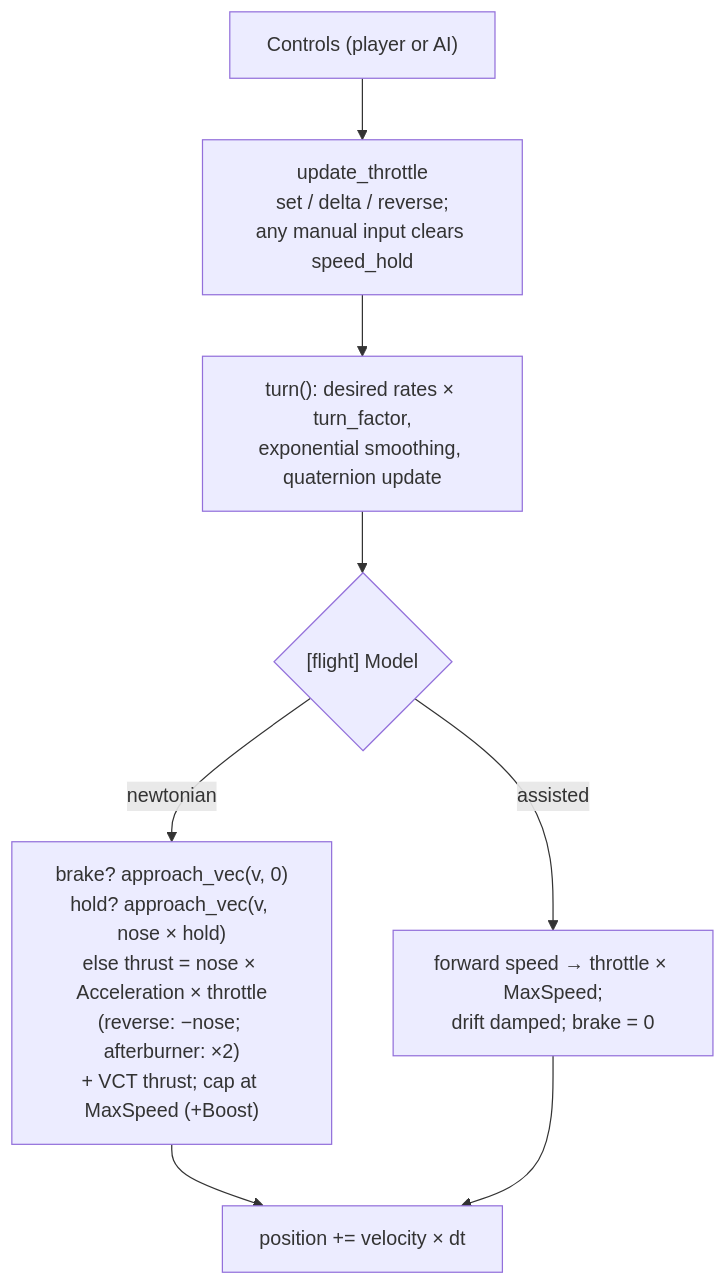
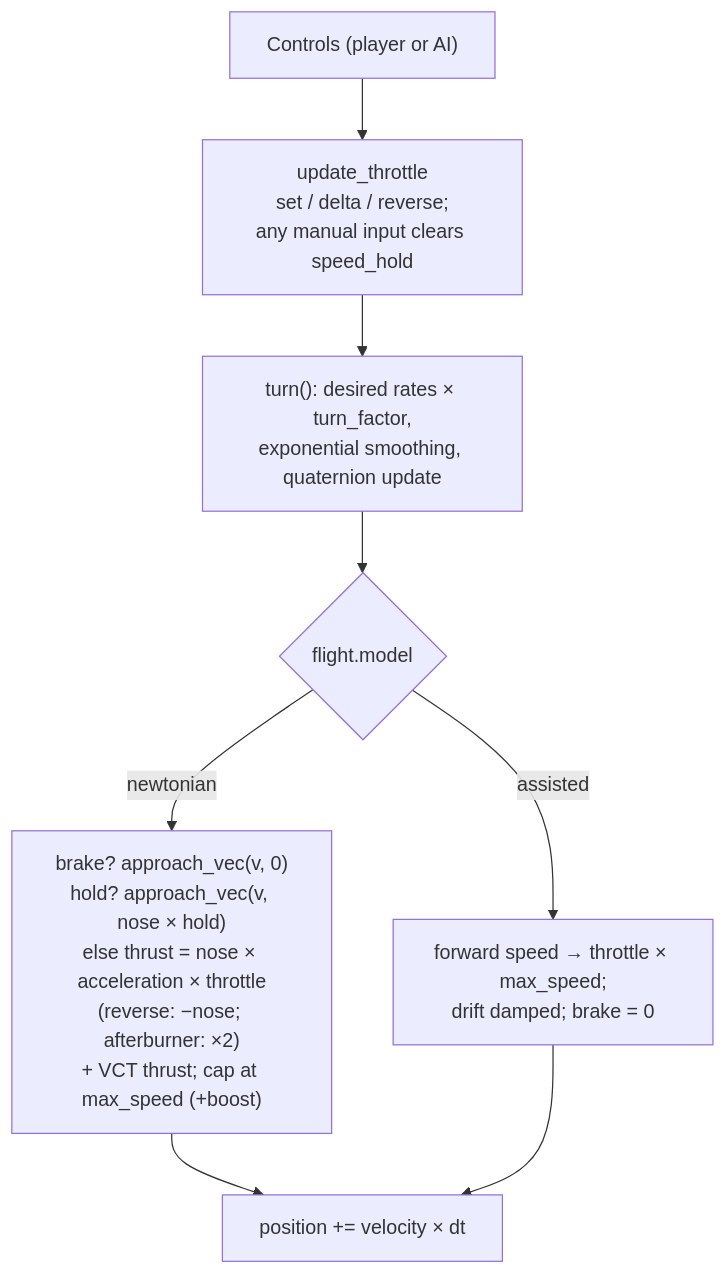
One commit to bbogovich/OpenInterceptor changed the second of 4 diagrams in docs/architecture/sim.md. Above: the diagram before and after it, drawn with Mermaid. The commit also changed other lines of this file and 56 other files, not shown here.

````diff
--- a/docs/architecture/sim.md
+++ b/docs/architecture/sim.md
@@ -36,10 +36,10 @@
 ```mermaid
 flowchart TD
     C["Controls (player or AI)"] --> T["update_throttle<br/>set / delta / reverse;<br/>any manual input clears speed_hold"]
     T --> R["turn(): desired rates × turn_factor,<br/>exponential smoothing, quaternion update"]
-    R --> M{"[flight] Model"}
-    M -- newtonian --> N["brake? approach_vec(v, 0)<br/>hold? approach_vec(v, nose × hold)<br/>else thrust = nose × Acceleration × throttle<br/>(reverse: −nose; afterburner: ×2)<br/>+ VCT thrust; cap at MaxSpeed (+Boost)"]
-    M -- assisted --> A["forward speed → throttle × MaxSpeed;<br/>drift damped; brake = 0"]
+    R --> M{"flight.model"}
+    M -- newtonian --> N["brake? approach_vec(v, 0)<br/>hold? approach_vec(v, nose × hold)<br/>else thrust = nose × acceleration × throttle<br/>(reverse: −nose; afterburner: ×2)<br/>+ VCT thrust; cap at max_speed (+boost)"]
+    M -- assisted --> A["forward speed → throttle × max_speed;<br/>drift damped; brake = 0"]
     N --> P["position += velocity × dt"]
     A --> P
 ```
````
